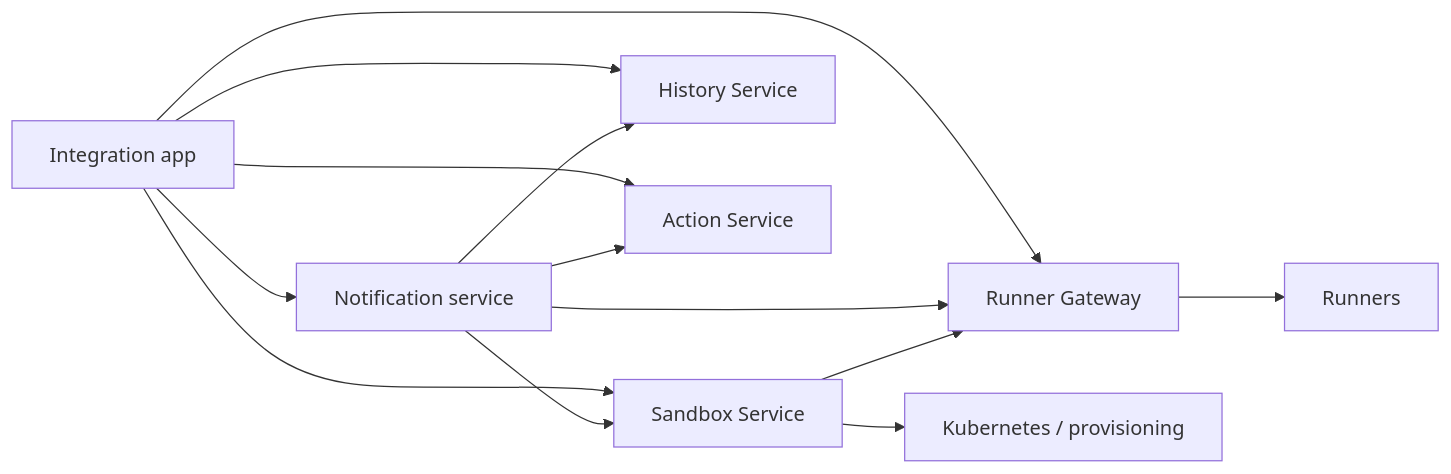
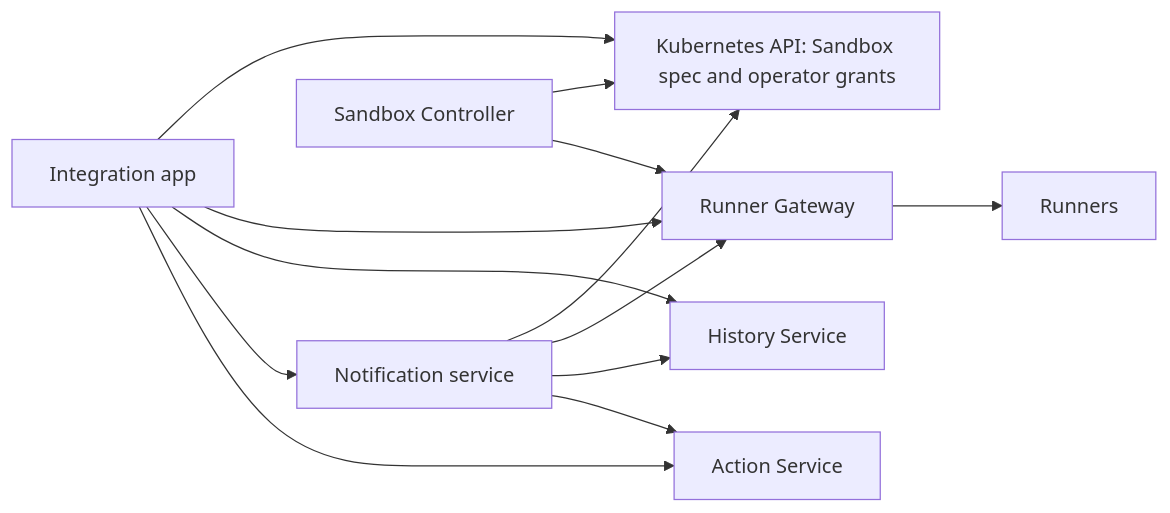
Before and after one commit to agentydragon-agent/ducktape: the diagram in agentplane/docs/service_boundaries.md, drawn with Mermaid. The commit also changed other lines of this file and 30 other files, not shown here.

````diff
--- a/agentplane/docs/service_boundaries.md
+++ b/agentplane/docs/service_boundaries.md
@@ -11,15 +13,15 @@
 ```mermaid
 flowchart LR
-    App[Integration app] --> Sandbox[Sandbox Service]
+    App[Integration app] --> Kubernetes[Kubernetes API: Sandbox spec and operator grants]
     App --> Gateway[Runner Gateway]
     App --> History[History Service]
     App --> Notifications[Notification service]
     App --> Actions[Action Service]
-    Notifications --> Sandbox
+    Notifications --> Kubernetes
     Notifications --> Gateway
     Notifications --> History
     Notifications --> Actions
-    Sandbox --> Kubernetes[Kubernetes / provisioning]
-    Sandbox --> Gateway
+    Controller[Sandbox Controller] --> Kubernetes
+    Controller --> Gateway
     Gateway --> Runners[Runners]
 ```
````
